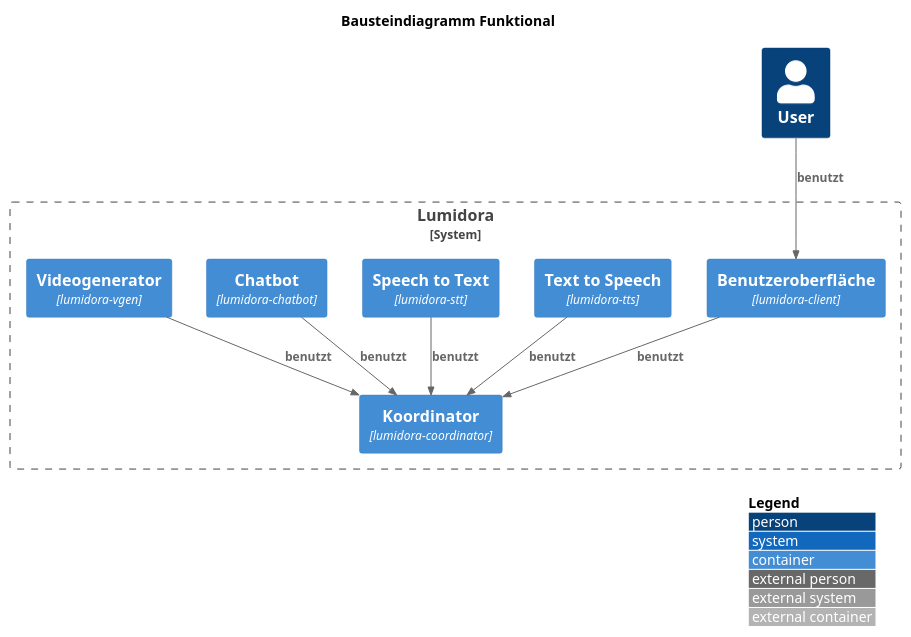
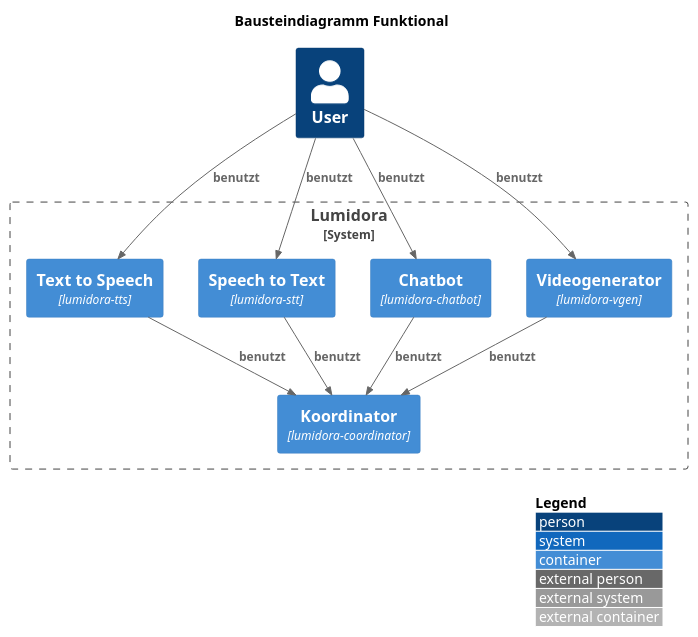
Before and after one commit to koshisinthehouse/lumidora-documentation: the diagram in docs/modules/ROOT/examples/bausteinansicht/bausteinansicht-funktional.plantuml, drawn with PlantUML.

```diff
--- a/docs/modules/ROOT/examples/bausteinansicht/bausteinansicht-funktional.plantuml
+++ b/docs/modules/ROOT/examples/bausteinansicht/bausteinansicht-funktional.plantuml
@@ -1,28 +1,29 @@
 @startuml
 !include ../../partials/diagrams/plantuml-stdlib/C4-PlantUML/C4_Deployment.puml
 
 LAYOUT_WITH_LEGEND()
 
 title Bausteindiagramm Funktional
 
 Person(benutzer, "User", "")
 
 
 System_Boundary(lumidora, "Lumidora") {
-    Container(webinterface, "Benutzeroberfläche","lumidora-client")
     Container(coordinator, "Koordinator", "lumidora-coordinator")
     Container(tts, "Text to Speech", "lumidora-tts")
     Container(stt, "Speech to Text", "lumidora-stt")
     Container(chatbot, "Chatbot", "lumidora-chatbot")
     Container(vgen, "Videogenerator", "lumidora-vgen")
 }
 
-Rel(benutzer, webinterface, "benutzt", "")
-Rel(webinterface, coordinator, "benutzt", "")
+Rel(benutzer, tts, "benutzt", "")
+Rel(benutzer, stt, "benutzt", "")
+Rel(benutzer, chatbot, "benutzt", "")
+Rel(benutzer, vgen, "benutzt", "")
 
 Rel(chatbot, coordinator, "benutzt", "")
 Rel(tts, coordinator, "benutzt", "")
 Rel(stt, coordinator, "benutzt", "")
 Rel(vgen, coordinator, "benutzt", "")
 
 @enduml
```
